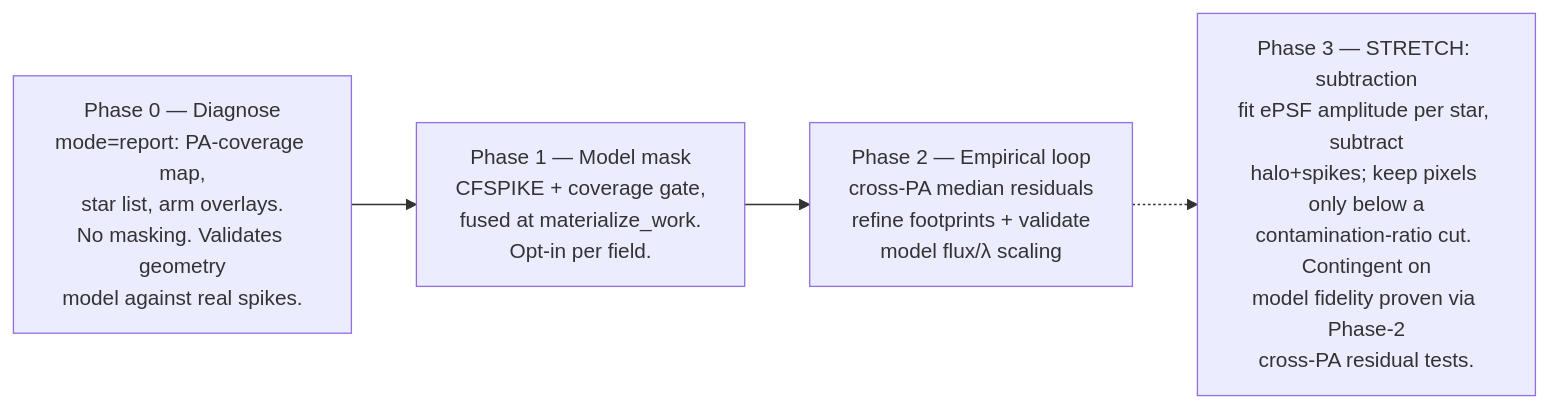
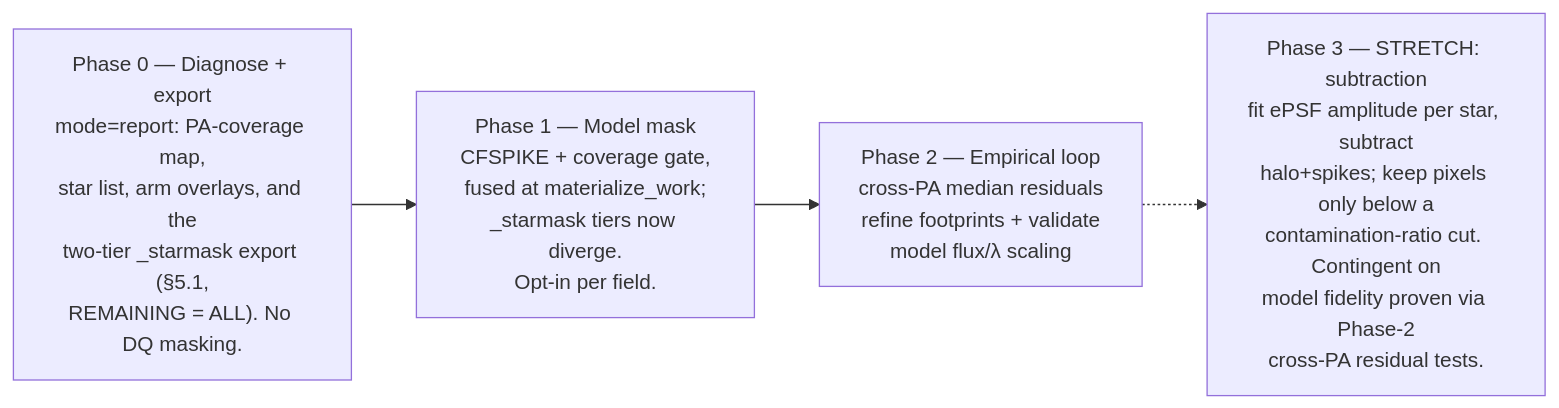
One commit to hollisakins/campfire changed the fifth of 5 diagrams in docs/design-nircam-spike-masking.md. Above: the diagram before and after it, drawn with Mermaid. The commit also changed other lines of this file, not shown here.

First line of the commit message:
Spike masking design: two-tier star-mask export as a sibling mosaic product

````diff
--- a/docs/design-nircam-spike-masking.md
+++ b/docs/design-nircam-spike-masking.md
@@ -345,8 +421,8 @@
 ```mermaid
 flowchart LR
-    p0["Phase 0 — Diagnose<br/>mode=report: PA-coverage map,<br/>star list, arm overlays.<br/>No masking. Validates geometry<br/>model against real spikes."]
-    p1["Phase 1 — Model mask<br/>CFSPIKE + coverage gate,<br/>fused at materialize_work.<br/>Opt-in per field."]
+    p0["Phase 0 — Diagnose + export<br/>mode=report: PA-coverage map,<br/>star list, arm overlays, and the<br/>two-tier _starmask export (§5.1,<br/>REMAINING = ALL). No DQ masking."]
+    p1["Phase 1 — Model mask<br/>CFSPIKE + coverage gate,<br/>fused at materialize_work;<br/>_starmask tiers now diverge.<br/>Opt-in per field."]
     p2["Phase 2 — Empirical loop<br/>cross-PA median residuals<br/>refine footprints + validate<br/>model flux/λ scaling"]
     p3["Phase 3 — STRETCH: subtraction<br/>fit ePSF amplitude per star, subtract<br/>halo+spikes; keep pixels only below a<br/>contamination-ratio cut. Contingent on<br/>model fidelity proven via Phase-2<br/>cross-PA residual tests."]
     p0 --> p1 --> p2 -.-> p3
 ```
````
